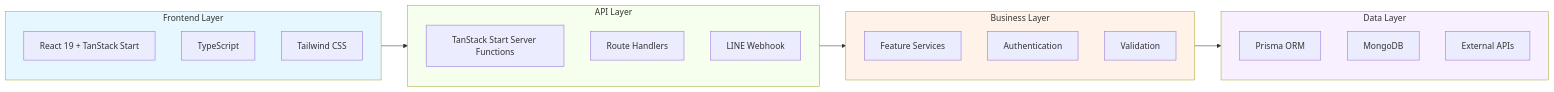
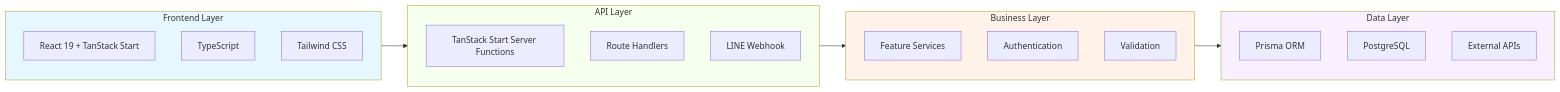
The second of 7 diagrams in docs/ARCHITECTURE.md (Sh0ckWaveZero/bun-line-t3), drawn with Mermaid before and after one commit. The commit also changed other lines of this file and 2 other files, not shown here.

First line of the commit message:
docs: update database references from MongoDB to PostgreSQL

````diff
--- a/docs/ARCHITECTURE.md
+++ b/docs/ARCHITECTURE.md
@@ -42,35 +42,35 @@
 ```mermaid
 graph LR
     subgraph frontend [Frontend Layer]
         A[React 19 + TanStack Start]
         B[TypeScript]
         C[Tailwind CSS]
     end
 
     subgraph api [API Layer]
         D[TanStack Start Server Functions]
         E[Route Handlers]
         F[LINE Webhook]
     end
 
     subgraph business [Business Layer]
         G[Feature Services]
         H[Authentication]
         I[Validation]
     end
 
     subgraph data [Data Layer]
         J[Prisma ORM]
-        K[MongoDB]
+        K[PostgreSQL]
         L[External APIs]
     end
 
     frontend --> api
     api --> business
     business --> data
 
     style frontend fill:#e6f7ff
     style api fill:#f6ffed
     style business fill:#fff2e8
     style data fill:#f9f0ff
 ```
````
